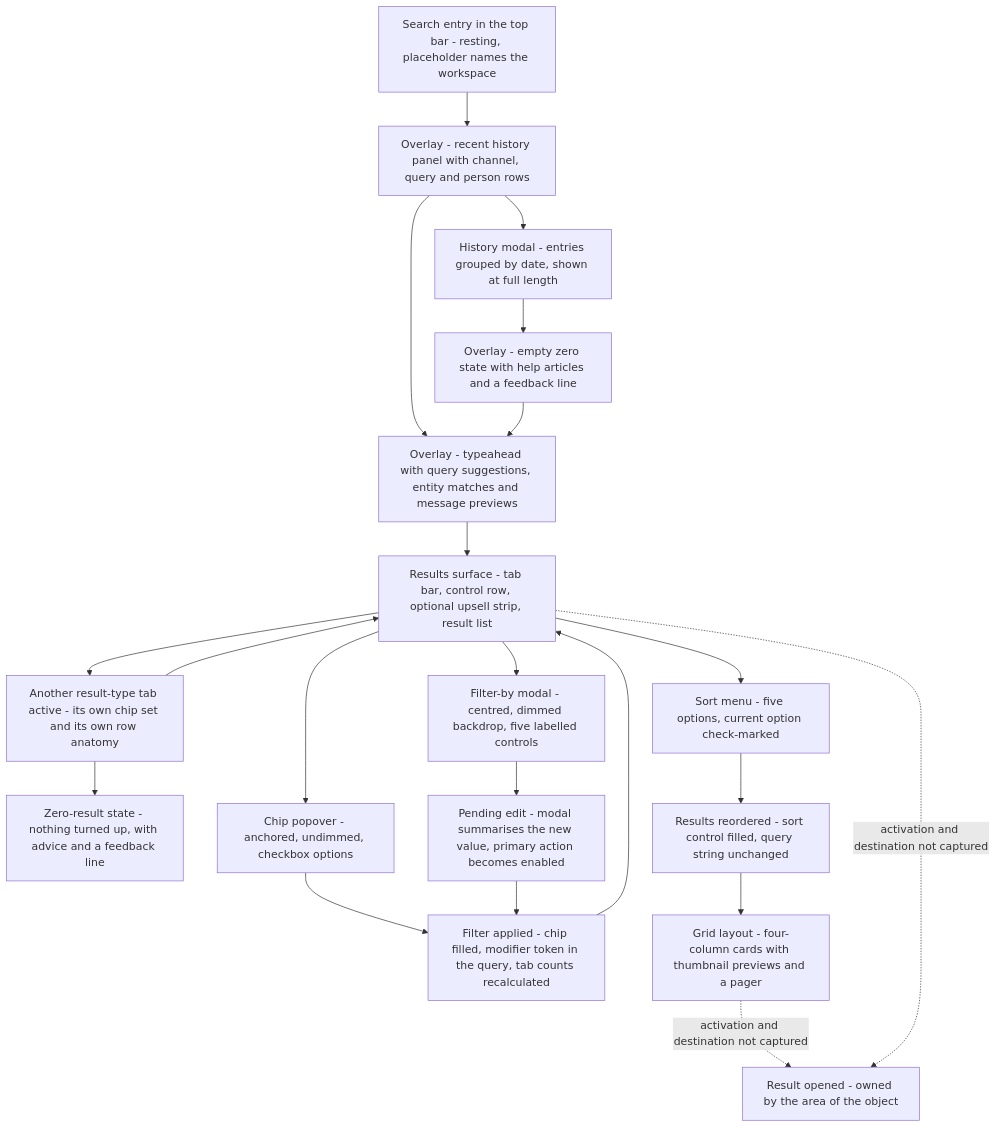
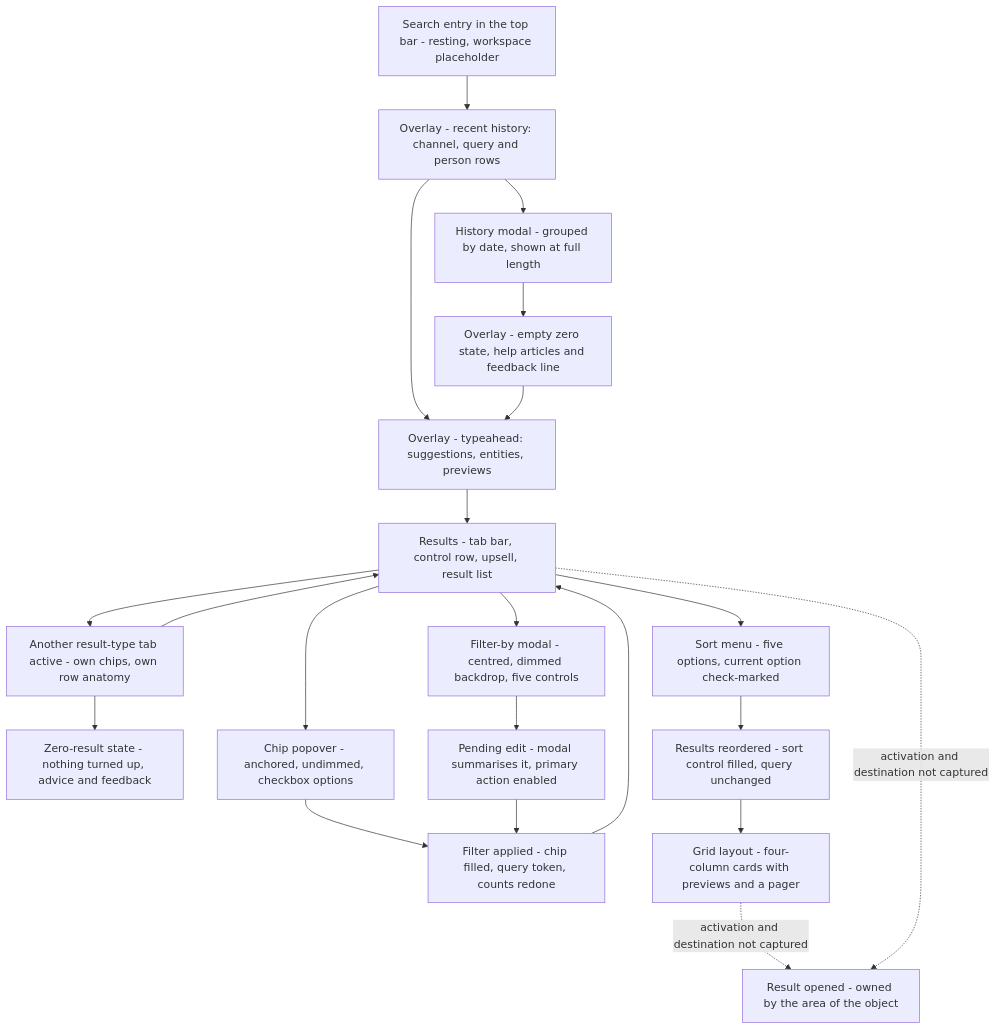
Before and after one commit to blitzy-research/blitzy-slack: the diagram in docs/workflows/09-search-and-filters.md, drawn with Mermaid. The commit also changed 18 other files, not shown here.

````diff
--- a/docs/workflows/09-search-and-filters.md
+++ b/docs/workflows/09-search-and-filters.md
@@ -35,40 +35,40 @@
 ```mermaid
 flowchart TD
-    ENTRY["Search entry in the top bar - resting, placeholder names the workspace"]
-    RECENT["Overlay - recent history panel with channel, query and person rows"]
-    HISTORY["History modal - entries grouped by date, shown at full length"]
-    EMPTY["Overlay - empty zero state with help articles and a feedback line"]
-    TYPEAHEAD["Overlay - typeahead with query suggestions, entity matches and message previews"]
-    RESULTS["Results surface - tab bar, control row, optional upsell strip, result list"]
-    TABS["Another result-type tab active - its own chip set and its own row anatomy"]
-    ZERO["Zero-result state - nothing turned up, with advice and a feedback line"]
+    ENTRY["Search entry in the top bar - resting, workspace placeholder"]
+    RECENT["Overlay - recent history: channel, query and person rows"]
+    HISTORY["History modal - grouped by date, shown at full length"]
+    EMPTY["Overlay - empty zero state, help articles and feedback line"]
+    TYPEAHEAD["Overlay - typeahead: suggestions, entities, previews"]
+    RESULTS["Results - tab bar, control row, upsell, result list"]
+    TABS["Another result-type tab active - own chips, own row anatomy"]
+    ZERO["Zero-result state - nothing turned up, advice and feedback"]
     CHIP["Chip popover - anchored, undimmed, checkbox options"]
-    APPLIED["Filter applied - chip filled, modifier token in the query, tab counts recalculated"]
-    MODAL["Filter-by modal - centred, dimmed backdrop, five labelled controls"]
-    PENDING["Pending edit - modal summarises the new value, primary action becomes enabled"]
+    APPLIED["Filter applied - chip filled, query token, counts redone"]
+    MODAL["Filter-by modal - centred, dimmed backdrop, five controls"]
+    PENDING["Pending edit - modal summarises it, primary action enabled"]
     SORTMENU["Sort menu - five options, current option check-marked"]
-    SORTED["Results reordered - sort control filled, query string unchanged"]
-    GRID["Grid layout - four-column cards with thumbnail previews and a pager"]
+    SORTED["Results reordered - sort control filled, query unchanged"]
+    GRID["Grid layout - four-column cards with previews and a pager"]
     OBJECT["Result opened - owned by the area of the object"]
 
     ENTRY --> RECENT
     RECENT --> HISTORY
     HISTORY --> EMPTY
     RECENT --> TYPEAHEAD
     EMPTY --> TYPEAHEAD
     TYPEAHEAD --> RESULTS
     RESULTS --> TABS
     TABS --> RESULTS
     TABS --> ZERO
     RESULTS --> CHIP
     CHIP --> APPLIED
     APPLIED --> RESULTS
     RESULTS --> MODAL
     MODAL --> PENDING
     PENDING --> APPLIED
     RESULTS --> SORTMENU
     SORTMENU --> SORTED
     SORTED --> GRID
     GRID -.->|"activation and destination not captured"| OBJECT
     RESULTS -.->|"activation and destination not captured"| OBJECT
 ```
````
